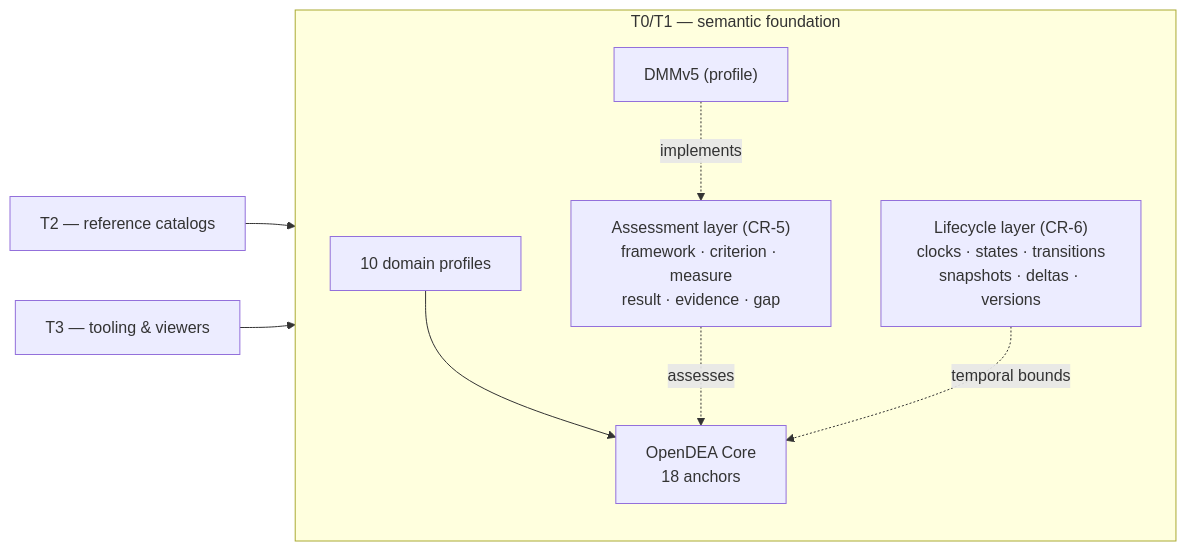
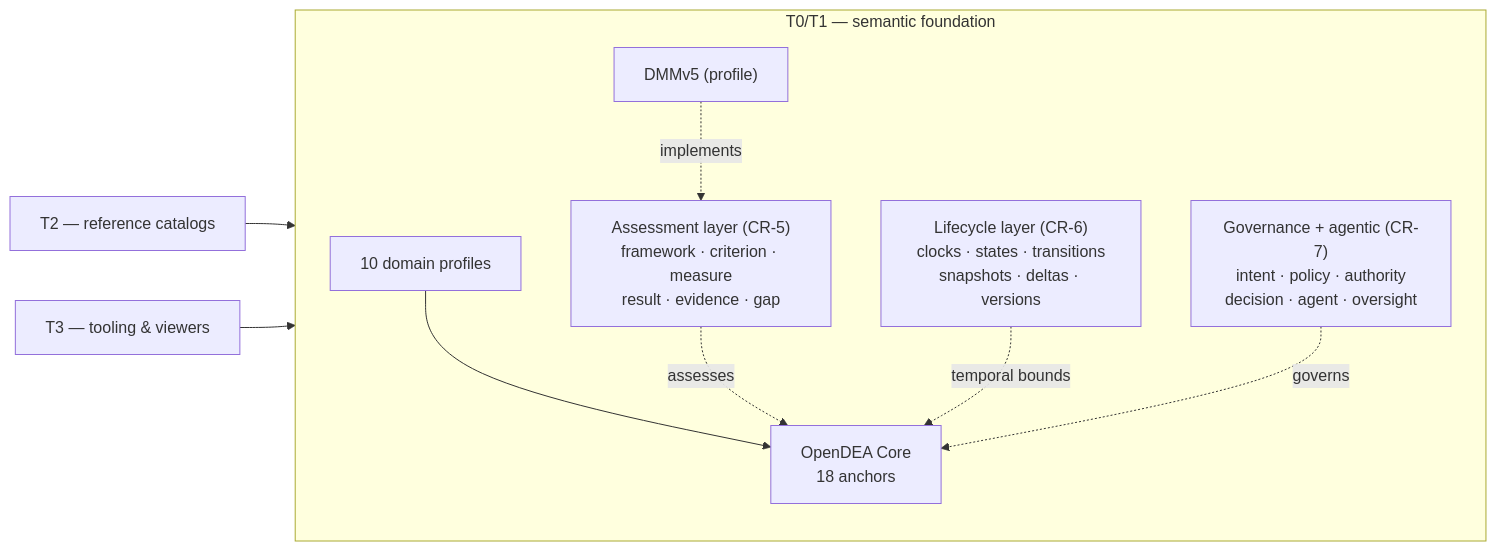
Before and after one commit to technehub-labs/.github: the diagram in profile/README.md, drawn with Mermaid. The commit also changed other lines of this file, not shown here.

Commit message:
docs: CR-7 row + governance/agentic layer in org profile rationale (#5)

````diff
--- a/profile/README.md
+++ b/profile/README.md
@@ -48,16 +49,18 @@
 ```mermaid
 graph LR
     subgraph T0T1["T0/T1 — semantic foundation"]
         CORE["OpenDEA Core<br/>18 anchors"]
         PROF["10 domain profiles"]
         ASS["Assessment layer (CR-5)<br/>framework · criterion · measure<br/>result · evidence · gap"]
         DMM["DMMv5 (profile)"]
         LFC["Lifecycle layer (CR-6)<br/>clocks · states · transitions<br/>snapshots · deltas · versions"]
+        GOV["Governance + agentic (CR-7)<br/>intent · policy · authority<br/>decision · agent · oversight"]
     end
     T2["T2 — reference catalogs"] --> T0T1
     T3["T3 — tooling & viewers"] --> T0T1
     PROF --> CORE
     DMM -. implements .-> ASS
     ASS -. assesses .-> CORE
     LFC -. temporal bounds .-> CORE
+    GOV -. governs .-> CORE
 ```
````
